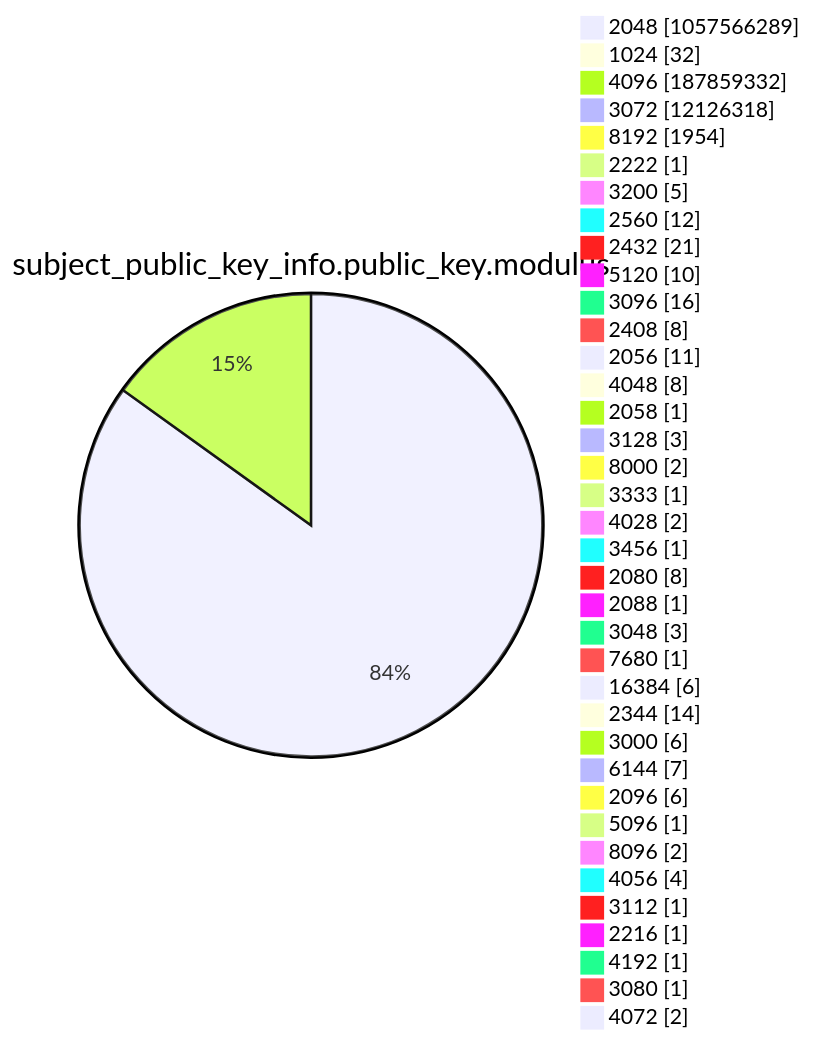
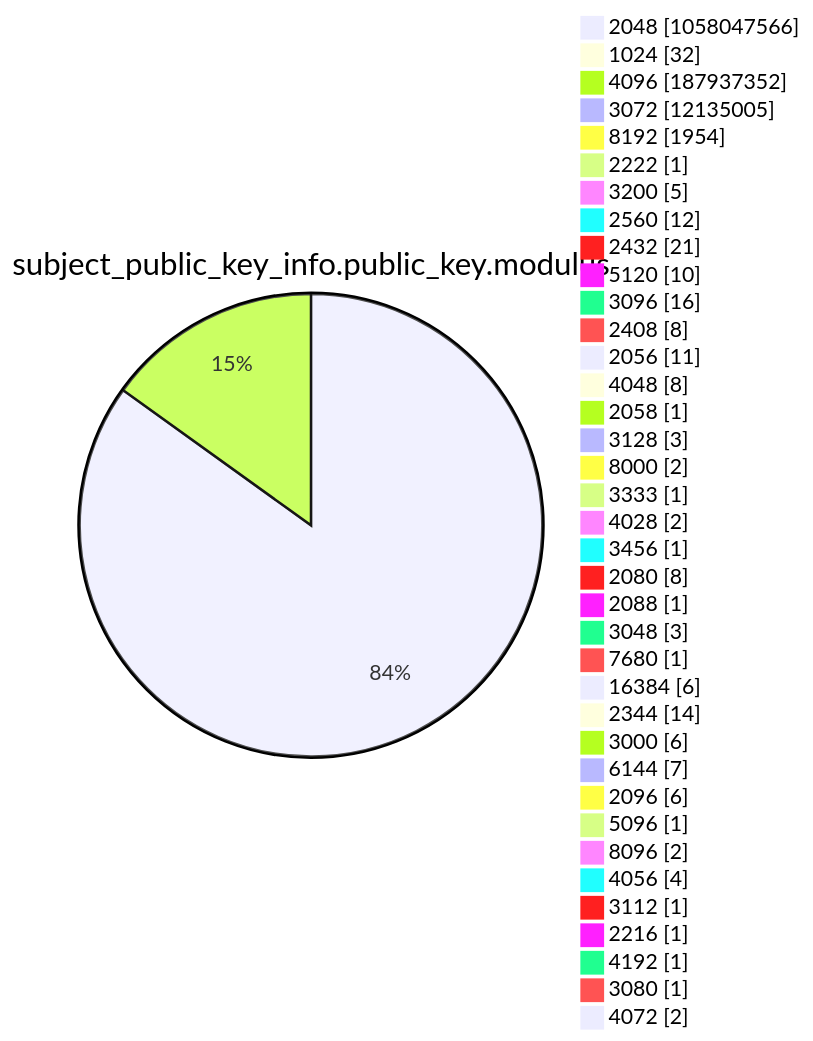
Diagram 13 of 15 in argon2022/README.md (christiankrug/ctmonitor_visualization), drawn with Mermaid before and after one commit. The commit also changed other lines of this file, not shown here.

````diff
--- a/argon2022/README.md
+++ b/argon2022/README.md
@@ -3589,41 +3589,41 @@
 ```mermaid
 pie showData
 title subject_public_key_info.public_key.modulus
-"2048" :1057566289
+"2048" :1058047566
 "1024" :32
-"4096" :187859332
-"3072" :12126318
+"4096" :187937352
+"3072" :12135005
 "8192" :1954
 "2222" :1
 "3200" :5
 "2560" :12
 "2432" :21
 "5120" :10
 "3096" :16
 "2408" :8
 "2056" :11
 "4048" :8
 "2058" :1
 "3128" :3
 "8000" :2
 "3333" :1
 "4028" :2
 "3456" :1
 "2080" :8
 "2088" :1
 "3048" :3
 "7680" :1
 "16384" :6
 "2344" :14
 "3000" :6
 "6144" :7
 "2096" :6
 "5096" :1
 "8096" :2
 "4056" :4
 "3112" :1
 "2216" :1
 "4192" :1
 "3080" :1
 "4072" :2
 ```
````
